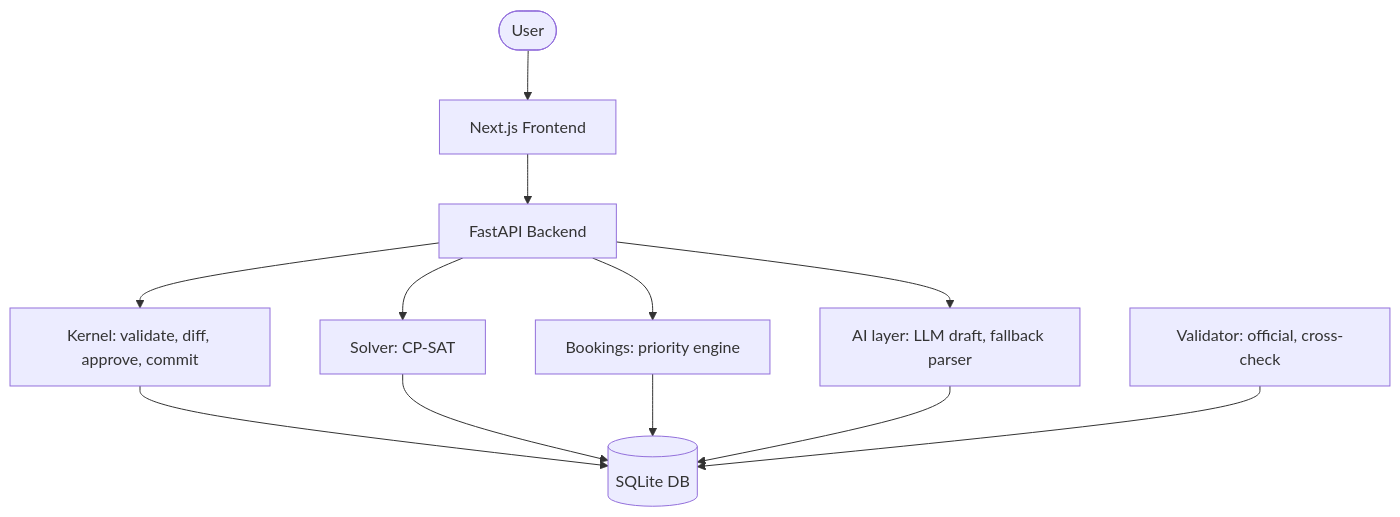
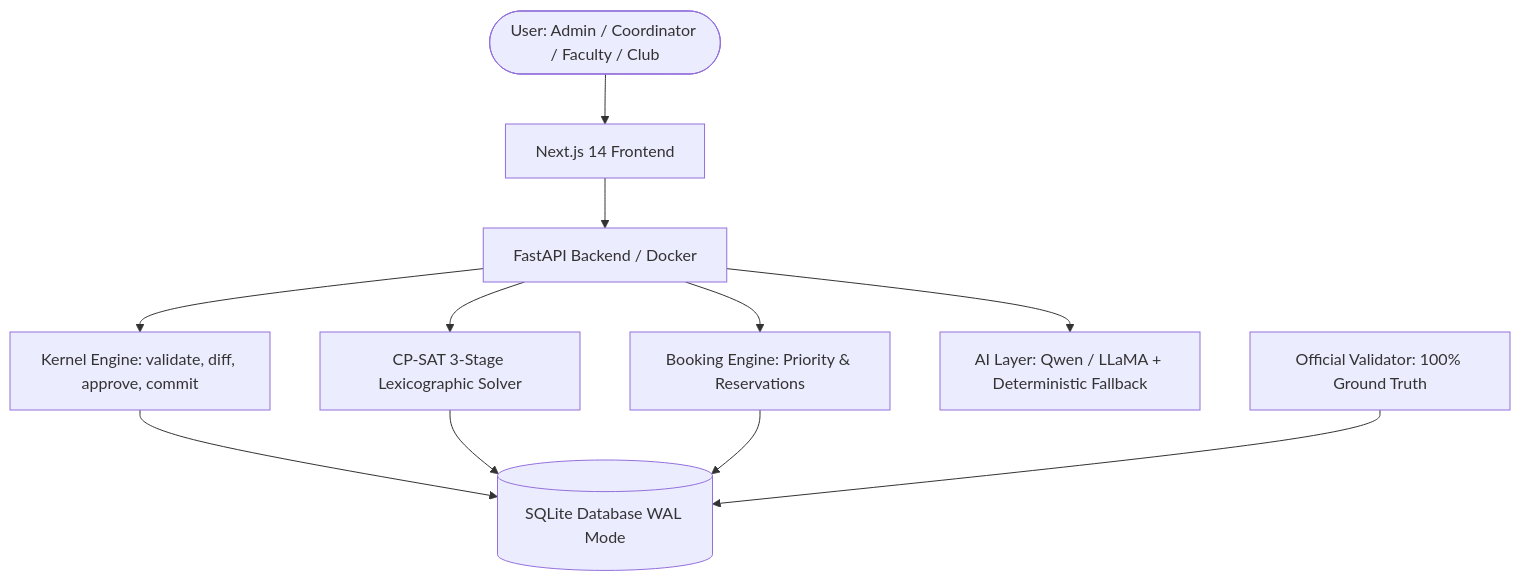
One commit to bhattasubash/Team-Alpha-Coders-Tech-Zephyr-4.0 changed the diagram in README.md. Above: the diagram before and after it, drawn with Mermaid. The commit also changed other lines of this file and 20 other files, not shown here.

Commit message:
fix: harden solver timeouts, prompt defense, api routes, and documentation

````diff
--- a/README.md
+++ b/README.md
@@ -7,14 +66,13 @@
 ```mermaid
 flowchart TD
-    User([User]) --> Frontend[Next.js Frontend]
-    Frontend --> Backend[FastAPI Backend]
-    Backend --> Kernel[Kernel: validate, diff, approve, commit]
-    Backend --> Solver[Solver: CP-SAT]
-    Backend --> Bookings[Bookings: priority engine]
-    Backend --> AI[AI layer: LLM draft, fallback parser]
-    Kernel --> DB[(SQLite DB)]
+    User([User: Admin / Coordinator / Faculty / Club]) --> Frontend[Next.js 14 Frontend]
+    Frontend --> Backend[FastAPI Backend / Docker]
+    Backend --> Kernel[Kernel Engine: validate, diff, approve, commit]
+    Backend --> Solver[CP-SAT 3-Stage Lexicographic Solver]
+    Backend --> Bookings[Booking Engine: Priority & Reservations]
+    Backend --> AI[AI Layer: Qwen / LLaMA + Deterministic Fallback]
+    Kernel --> DB[(SQLite Database WAL Mode)]
     Solver --> DB
     Bookings --> DB
-    AI --> DB
-    Validator[Validator: official, cross-check] --> DB
+    Validator[Official Validator: 100% Ground Truth] --> DB
 ```
````
